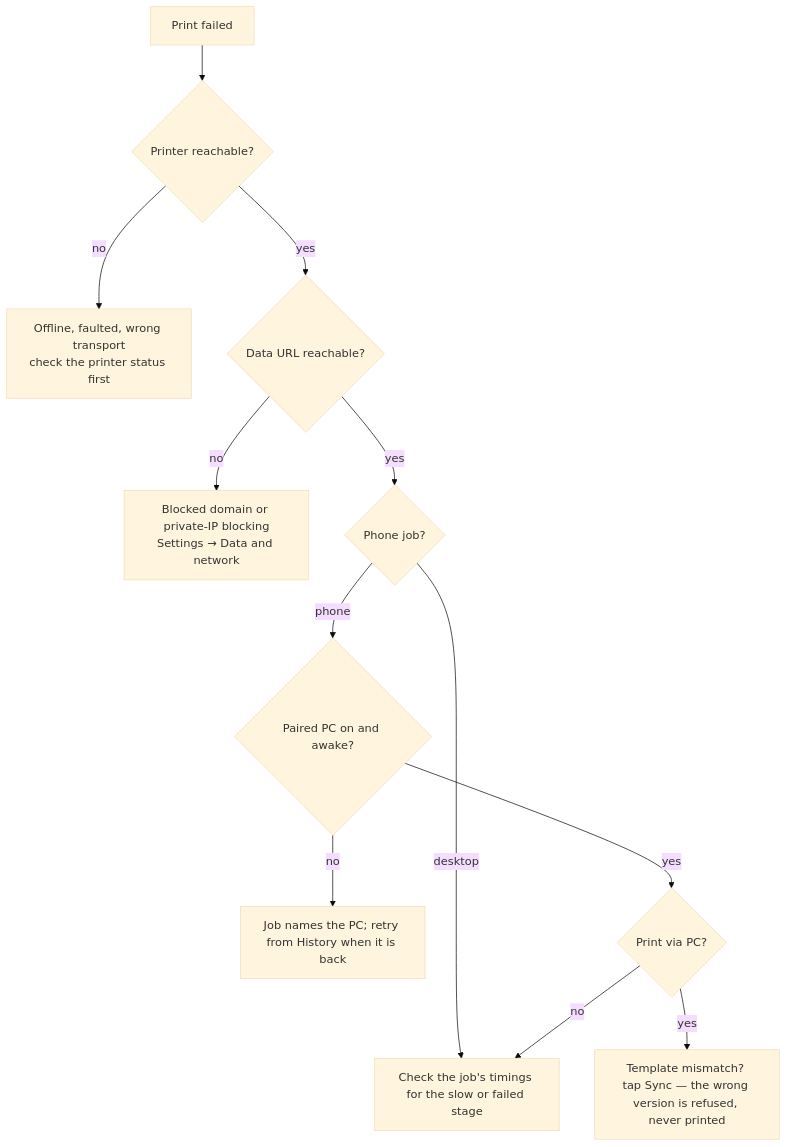
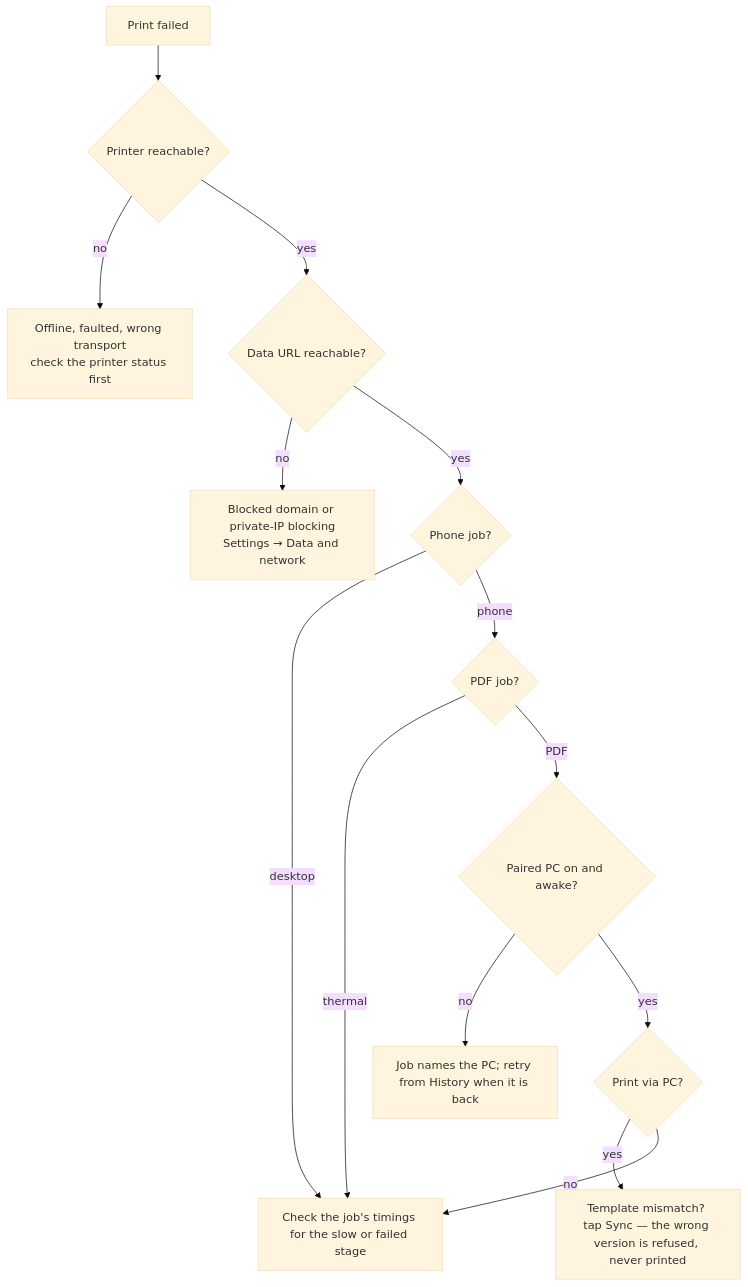
The fourth of 4 diagrams in docs/ARCHITECTURE.md (SAR-dev/PrintNinja), drawn with Mermaid (base theme) before and after one commit. The commit also changed other lines of this file and 15 other files, not shown here.

````diff
--- a/docs/ARCHITECTURE.md
+++ b/docs/ARCHITECTURE.md
@@ -129,14 +136,16 @@
 ```mermaid
 flowchart TD
     A[Print failed] --> B{Printer reachable?}
     B -- no --> B1[Offline, faulted, wrong transport<br/>check the printer status first]
     B -- yes --> C{Data URL reachable?}
     C -- no --> C1[Blocked domain or private-IP blocking<br/>Settings → Data and network]
     C -- yes --> D{Phone job?}
     D -- desktop --> E[Check the job's timings for the slow or failed stage]
-    D -- phone --> F{Paired PC on and awake?}
+    D -- phone --> H{PDF job?}
+    H -- thermal --> E
+    H -- PDF --> F{Paired PC on and awake?}
     F -- no --> F1[Job names the PC; retry from History when it is back]
     F -- yes --> G{Print via PC?}
     G -- yes --> G1[Template mismatch? tap Sync — the wrong version is refused, never printed]
     G -- no --> E
 ```
````
